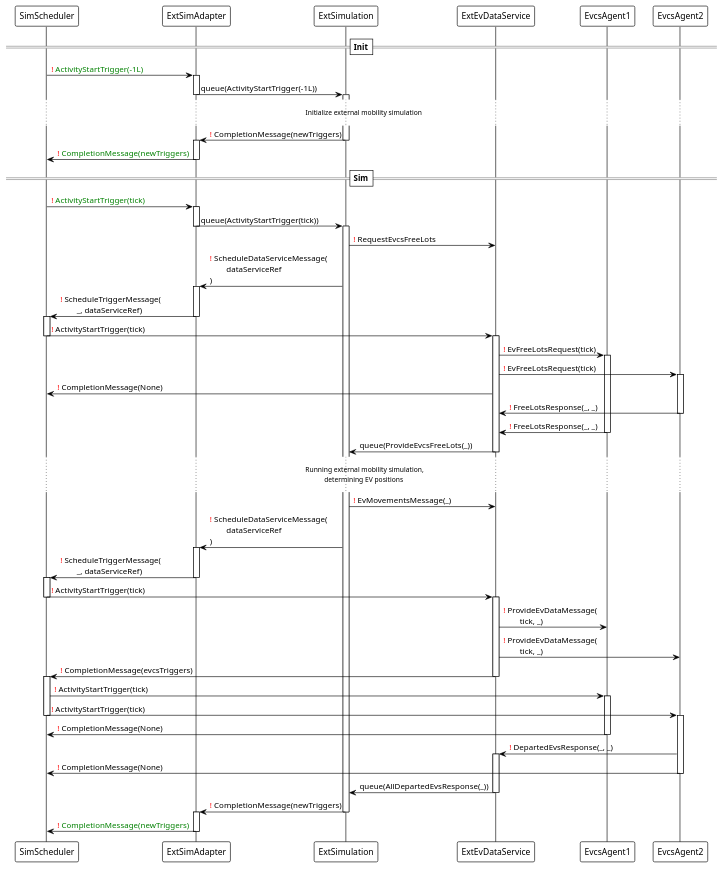
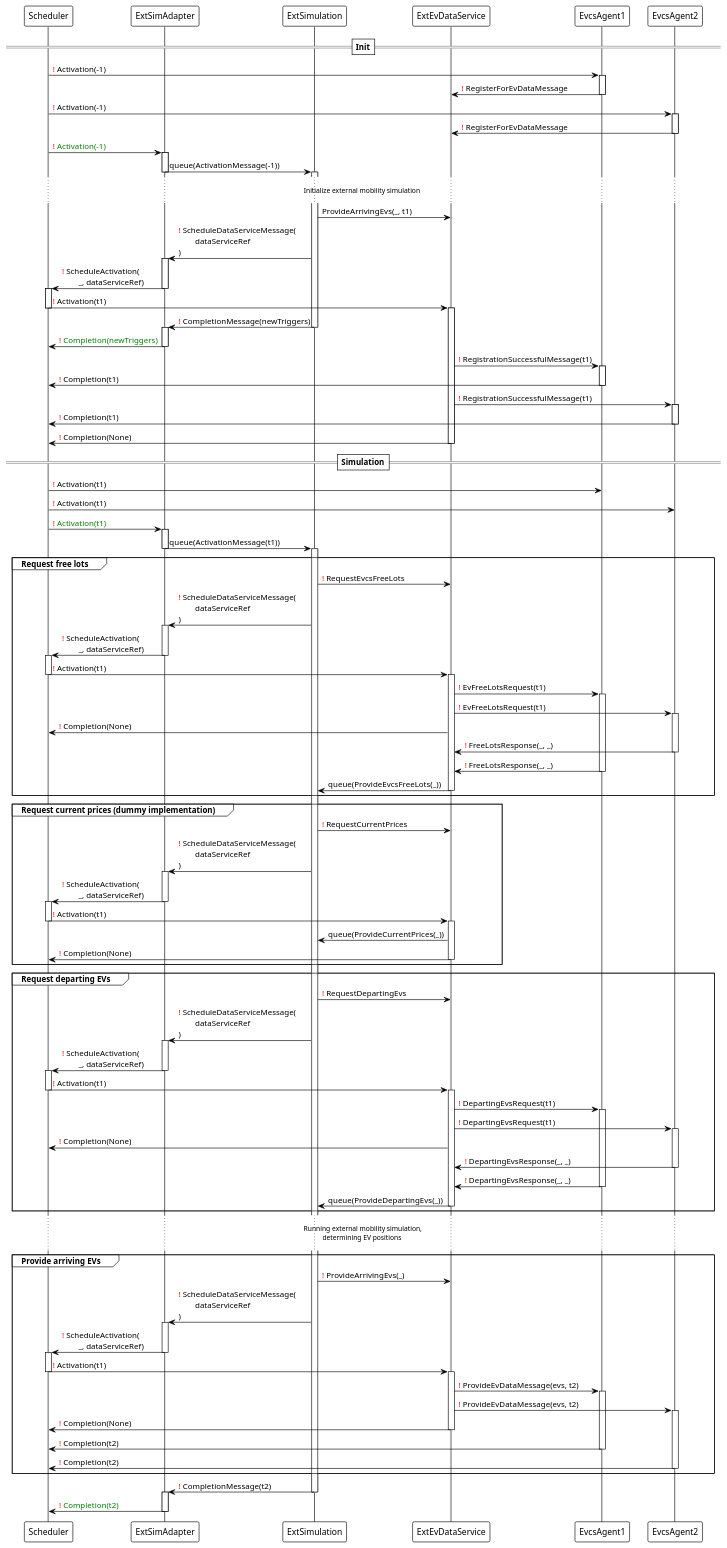
The diagram in docs/uml/protocol/ExtEvSimulationSequence.puml (ie3-institute/simona), drawn with PlantUML before and after one commit. The commit also changed 1 other file, not shown here.

Commit message:
Updating UML documentation related to mobility simulation (class diagram needs some more work)

```diff
--- a/docs/uml/protocol/ExtEvSimulationSequence.puml
+++ b/docs/uml/protocol/ExtEvSimulationSequence.puml
@@ -2,97 +2,202 @@
 
 !theme plain
 
+participant Scheduler
+participant ExtSimAdapter
+participant ExtSimulation
+participant ExtEvDataService
+participant EvcsAgent1
+participant EvcsAgent2
+
 ==Init==
-SimScheduler -> ExtSimAdapter: <font color=red>!</font> <font color=green>ActivityStartTrigger(-1L)</font>
+Scheduler -> EvcsAgent1: <font color=red>!</font> Activation(-1)
+activate EvcsAgent1
+
+EvcsAgent1 -> ExtEvDataService: <font color=red>!</font> RegisterForEvDataMessage
+deactivate EvcsAgent1
+
+Scheduler -> EvcsAgent2: <font color=red>!</font> Activation(-1)
+activate EvcsAgent2
+
+EvcsAgent2 -> ExtEvDataService: <font color=red>!</font> RegisterForEvDataMessage
+deactivate EvcsAgent2
+
+Scheduler -> ExtSimAdapter: <font color=red>!</font> <font color=green>Activation(-1)</font>
 activate ExtSimAdapter
 
-ExtSimAdapter -> ExtSimulation: queue(ActivityStartTrigger(-1L))
+ExtSimAdapter -> ExtSimulation: queue(ActivationMessage(-1))
 deactivate ExtSimAdapter
 activate ExtSimulation
+
 ... Initialize external mobility simulation ...
+ExtSimulation -> ExtEvDataService: ProvideArrivingEvs(_, t1)
+
+ExtSimulation -> ExtSimAdapter: <font color=red>!</font> ScheduleDataServiceMessage(\n\tdataServiceRef\n)
+activate ExtSimAdapter
+
+ExtSimAdapter -> Scheduler: <font color=red>!</font> ScheduleActivation(\n\t_, dataServiceRef)
+deactivate ExtSimAdapter
+activate Scheduler
+
+Scheduler -> ExtEvDataService: <font color=red>!</font> Activation(t1)
+deactivate Scheduler
+activate ExtEvDataService
 
 ExtSimulation -> ExtSimAdapter: <font color=red>!</font> CompletionMessage(newTriggers)
 deactivate ExtSimulation
 activate ExtSimAdapter
 
-ExtSimAdapter -> SimScheduler: <font color=red>!</font> <font color=green>CompletionMessage(newTriggers)</font>
+ExtSimAdapter -> Scheduler: <font color=red>!</font> <font color=green>Completion(newTriggers)</font>
 deactivate ExtSimAdapter
 
-==Sim==
-SimScheduler -> ExtSimAdapter: <font color=red>!</font> <font color=green>ActivityStartTrigger(tick)</font>
+ExtEvDataService -> EvcsAgent1: <font color=red>!</font> RegistrationSuccessfulMessage(t1)
+activate EvcsAgent1
+
+EvcsAgent1 -> Scheduler: <font color=red>!</font> Completion(t1)
+deactivate EvcsAgent1
+
+ExtEvDataService -> EvcsAgent2: <font color=red>!</font> RegistrationSuccessfulMessage(t1)
+activate EvcsAgent2
+
+EvcsAgent2 -> Scheduler: <font color=red>!</font> Completion(t1)
+deactivate EvcsAgent2
+
+ExtEvDataService -> Scheduler: <font color=red>!</font> Completion(None)
+deactivate ExtEvDataService
+
+==Simulation==
+Scheduler -> EvcsAgent1: <font color=red>!</font> Activation(t1)
+Scheduler -> EvcsAgent2: <font color=red>!</font> Activation(t1)
+
+Scheduler -> ExtSimAdapter: <font color=red>!</font> <font color=green>Activation(t1)</font>
 activate ExtSimAdapter
 
-ExtSimAdapter -> ExtSimulation: queue(ActivityStartTrigger(tick))
+ExtSimAdapter -> ExtSimulation: queue(ActivationMessage(t1))
 deactivate ExtSimAdapter
+activate ExtSimulation
 
-activate ExtSimulation
-ExtSimulation -> ExtEvDataService: <font color=red>!</font> RequestEvcsFreeLots
-ExtSimulation -> ExtSimAdapter: <font color=red>!</font> ScheduleDataServiceMessage(\n\tdataServiceRef\n)
+group Request free lots
+    ExtSimulation -> ExtEvDataService: <font color=red>!</font> RequestEvcsFreeLots
 
-activate ExtSimAdapter
-ExtSimAdapter -> SimScheduler: <font color=red>!</font> ScheduleTriggerMessage(\n\t_, dataServiceRef)
-deactivate ExtSimAdapter
+    ExtSimulation -> ExtSimAdapter: <font color=red>!</font> ScheduleDataServiceMessage(\n\tdataServiceRef\n)
+    activate ExtSimAdapter
 
-activate SimScheduler
-SimScheduler -> ExtEvDataService: <font color=red>!</font> ActivityStartTrigger(tick)
-deactivate SimScheduler
+    ExtSimAdapter -> Scheduler: <font color=red>!</font> ScheduleActivation(\n\t_, dataServiceRef)
+    deactivate ExtSimAdapter
+    activate Scheduler
 
-activate ExtEvDataService
-ExtEvDataService -> EvcsAgent1: <font color=red>!</font> EvFreeLotsRequest(tick)
-activate EvcsAgent1
-ExtEvDataService -> EvcsAgent2: <font color=red>!</font> EvFreeLotsRequest(tick)
-activate EvcsAgent2
+    Scheduler -> ExtEvDataService: <font color=red>!</font> Activation(t1)
+    deactivate Scheduler
+    activate ExtEvDataService
 
-ExtEvDataService -> SimScheduler: <font color=red>!</font> CompletionMessage(None)
+    ExtEvDataService -> EvcsAgent1: <font color=red>!</font> EvFreeLotsRequest(t1)
+    activate EvcsAgent1
 
-EvcsAgent2 -> ExtEvDataService: <font color=red>!</font> FreeLotsResponse(_, _)
-deactivate EvcsAgent2
-EvcsAgent1 -> ExtEvDataService: <font color=red>!</font> FreeLotsResponse(_, _)
-deactivate EvcsAgent1
-ExtEvDataService -> ExtSimulation: queue(ProvideEvcsFreeLots(_))
-deactivate ExtEvDataService
+    ExtEvDataService -> EvcsAgent2: <font color=red>!</font> EvFreeLotsRequest(t1)
+    activate EvcsAgent2
+
+    ExtEvDataService -> Scheduler: <font color=red>!</font> Completion(None)
+
+    EvcsAgent2 -> ExtEvDataService: <font color=red>!</font> FreeLotsResponse(_, _)
+    deactivate EvcsAgent2
+
+    EvcsAgent1 -> ExtEvDataService: <font color=red>!</font> FreeLotsResponse(_, _)
+    deactivate EvcsAgent1
+
+    ExtEvDataService -> ExtSimulation: queue(ProvideEvcsFreeLots(_))
+    deactivate ExtEvDataService
+end
+
+group Request current prices (dummy implementation)
+    ExtSimulation -> ExtEvDataService: <font color=red>!</font> RequestCurrentPrices
+
+    ExtSimulation -> ExtSimAdapter: <font color=red>!</font> ScheduleDataServiceMessage(\n\tdataServiceRef\n)
+    activate ExtSimAdapter
+
+    ExtSimAdapter -> Scheduler: <font color=red>!</font> ScheduleActivation(\n\t_, dataServiceRef)
+    deactivate ExtSimAdapter
+    activate Scheduler
+
+    Scheduler -> ExtEvDataService: <font color=red>!</font> Activation(t1)
+    deactivate Scheduler
+    activate ExtEvDataService
+
+    ExtEvDataService -> ExtSimulation: queue(ProvideCurrentPrices(_))
+
+    ExtEvDataService -> Scheduler: <font color=red>!</font> Completion(None)
+
+    deactivate ExtEvDataService
+end
+
+group Request departing EVs
+    ExtSimulation -> ExtEvDataService: <font color=red>!</font> RequestDepartingEvs
+
+    ExtSimulation -> ExtSimAdapter: <font color=red>!</font> ScheduleDataServiceMessage(\n\tdataServiceRef\n)
+    activate ExtSimAdapter
+
+    ExtSimAdapter -> Scheduler: <font color=red>!</font> ScheduleActivation(\n\t_, dataServiceRef)
+    deactivate ExtSimAdapter
+    activate Scheduler
+
+    Scheduler -> ExtEvDataService: <font color=red>!</font> Activation(t1)
+    deactivate Scheduler
+    activate ExtEvDataService
+
+    ExtEvDataService -> EvcsAgent1: <font color=red>!</font> DepartingEvsRequest(t1)
+    activate EvcsAgent1
+
+    ExtEvDataService -> EvcsAgent2: <font color=red>!</font> DepartingEvsRequest(t1)
+    activate EvcsAgent2
+
+    ExtEvDataService -> Scheduler: <font color=red>!</font> Completion(None)
+
+    EvcsAgent2 -> ExtEvDataService: <font color=red>!</font> DepartingEvsResponse(_, _)
+    deactivate EvcsAgent2
+
+    EvcsAgent1 -> ExtEvDataService: <font color=red>!</font> DepartingEvsResponse(_, _)
+    deactivate EvcsAgent1
+
+    ExtEvDataService -> ExtSimulation: queue(ProvideDepartingEvs(_))
+    deactivate ExtEvDataService
+end
 
 ... Running external mobility simulation,\n determining EV positions ...
-ExtSimulation -> ExtEvDataService: <font color=red>!</font> EvMovementsMessage(_)
-ExtSimulation -> ExtSimAdapter: <font color=red>!</font> ScheduleDataServiceMessage(\n\tdataServiceRef\n)
 
-activate ExtSimAdapter
-ExtSimAdapter -> SimScheduler: <font color=red>!</font> ScheduleTriggerMessage(\n\t_, dataServiceRef)
-deactivate ExtSimAdapter
+group Provide arriving EVs
+    ExtSimulation -> ExtEvDataService: <font color=red>!</font> ProvideArrivingEvs(_)
+    ExtSimulation -> ExtSimAdapter: <font color=red>!</font> ScheduleDataServiceMessage(\n\tdataServiceRef\n)
+    activate ExtSimAdapter
 
-activate SimScheduler
-SimScheduler -> ExtEvDataService: <font color=red>!</font> ActivityStartTrigger(tick)
-deactivate SimScheduler
+    ExtSimAdapter -> Scheduler: <font color=red>!</font> ScheduleActivation(\n\t_, dataServiceRef)
+    deactivate ExtSimAdapter
+    activate Scheduler
 
-activate ExtEvDataService
-ExtEvDataService -> EvcsAgent1: <font color=red>!</font> ProvideEvDataMessage(\n\ttick, _)
-ExtEvDataService -> EvcsAgent2: <font color=red>!</font> ProvideEvDataMessage(\n\ttick, _)
-ExtEvDataService -> SimScheduler: <font color=red>!</font> CompletionMessage(evcsTriggers)
-deactivate ExtEvDataService
+    Scheduler -> ExtEvDataService: <font color=red>!</font> Activation(t1)
+    deactivate Scheduler
+    activate ExtEvDataService
 
-activate SimScheduler
-SimScheduler -> EvcsAgent1: <font color=red>!</font> ActivityStartTrigger(tick)
-activate EvcsAgent1
-SimScheduler -> EvcsAgent2: <font color=red>!</font> ActivityStartTrigger(tick)
-deactivate SimScheduler
+    ExtEvDataService -> EvcsAgent1: <font color=red>!</font> ProvideEvDataMessage(evs, t2)
+    activate EvcsAgent1
 
-activate EvcsAgent2
-EvcsAgent1 -> SimScheduler: <font color=red>!</font> CompletionMessage(None)
-deactivate EvcsAgent1
+    ExtEvDataService -> EvcsAgent2: <font color=red>!</font> ProvideEvDataMessage(evs, t2)
+    activate EvcsAgent2
 
-EvcsAgent2 -> ExtEvDataService: <font color=red>!</font> DepartedEvsResponse(_, _)
-activate ExtEvDataService
-EvcsAgent2 -> SimScheduler: <font color=red>!</font> CompletionMessage(None)
-deactivate EvcsAgent2
+    ExtEvDataService -> Scheduler: <font color=red>!</font> Completion(None)
+    deactivate ExtEvDataService
 
-ExtEvDataService -> ExtSimulation: queue(AllDepartedEvsResponse(_))
-deactivate ExtEvDataService
+    EvcsAgent1 -> Scheduler: <font color=red>!</font> Completion(t2)
+    deactivate EvcsAgent1
 
-ExtSimulation -> ExtSimAdapter: <font color=red>!</font> CompletionMessage(newTriggers)
+    EvcsAgent2 -> Scheduler: <font color=red>!</font> Completion(t2)
+    deactivate EvcsAgent2
+
+end
+
+ExtSimulation -> ExtSimAdapter: <font color=red>!</font> CompletionMessage(t2)
 deactivate ExtSimulation
 
 activate ExtSimAdapter
-ExtSimAdapter -> SimScheduler: <font color=red>!</font> <font color=green>CompletionMessage(newTriggers)</font>
+ExtSimAdapter -> Scheduler: <font color=red>!</font> <font color=green>Completion(t2)</font>
 deactivate ExtSimAdapter
 
 @enduml
```
